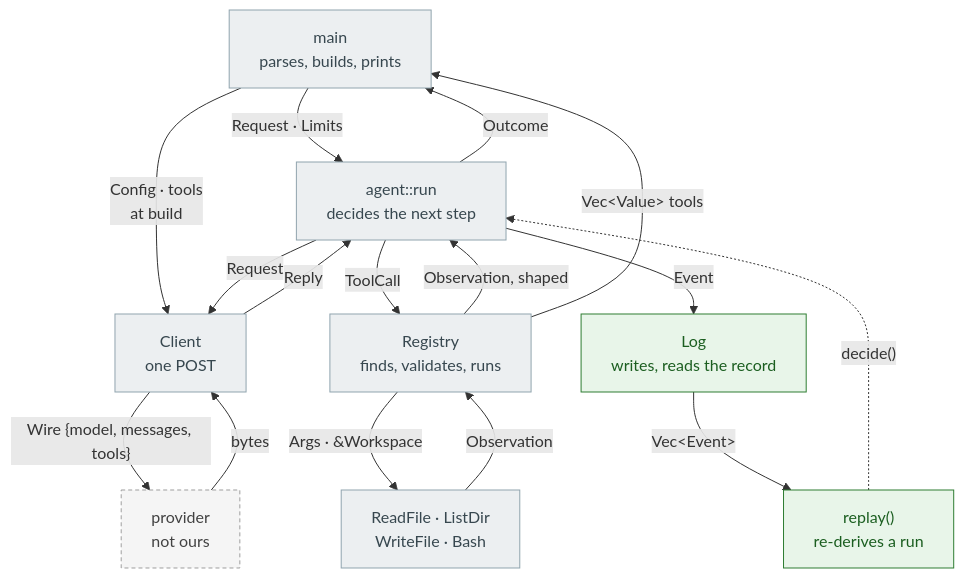
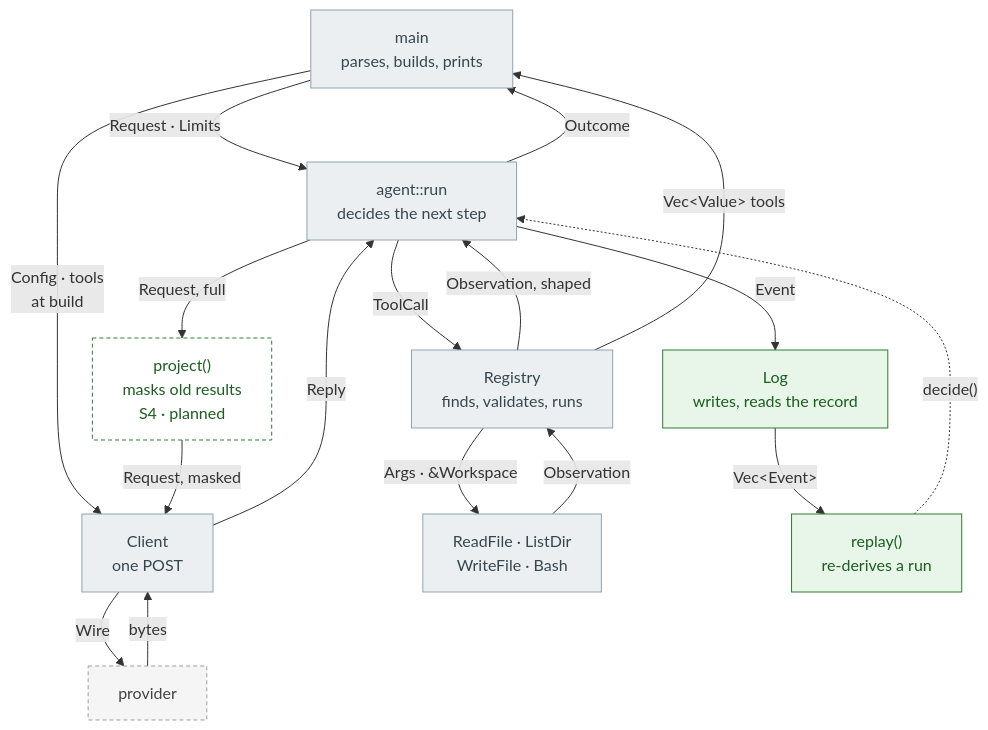
The diagram in diagrams/structs.mmd (skinssong/my_harness), drawn with Mermaid before and after one commit. The commit also changed 8 other files, not shown here.

First line of the commit message:
docs: show S4's projection in the struct diagram

```diff
--- a/diagrams/structs.mmd
+++ b/diagrams/structs.mmd
@@ -1,32 +1,35 @@
 flowchart TB
     MAIN["main<br/>parses, builds, prints"]:::old
     LOOP["agent::run<br/>decides the next step"]:::old
     CLIENT["Client<br/>one POST"]:::old
     REG["Registry<br/>finds, validates, runs"]:::old
     TOOLS["ReadFile · ListDir<br/>WriteFile · Bash"]:::old
 
     LOG["Log<br/>writes, reads the record"]:::new
     REPLAY["replay()<br/>re-derives a run"]:::new
+    PROJECT["project()<br/>masks old results<br/>S4 · planned"]:::planned
 
-    PROV["provider<br/>not ours"]:::external
+    PROV["provider"]:::external
 
     MAIN -->|"Request · Limits"| LOOP
     MAIN -->|"Config · tools<br/>at build"| CLIENT
-    LOOP -->|"Request"| CLIENT
-    CLIENT -->|"Wire {model, messages, tools}"| PROV
+    LOOP -->|"Request, full"| PROJECT
+    PROJECT -->|"Request, masked"| CLIENT
+    CLIENT -->|"Wire"| PROV
     PROV -->|"bytes"| CLIENT
     CLIENT -->|"Reply"| LOOP
     LOOP -->|"ToolCall"| REG
     REG -->|"Args · &Workspace"| TOOLS
     TOOLS -->|"Observation"| REG
     REG -->|"Observation, shaped"| LOOP
     REG -->|"Vec&lt;Value&gt; tools"| MAIN
     LOOP -->|"Outcome"| MAIN
 
     LOOP -->|"Event"| LOG
     LOG -->|"Vec&lt;Event&gt;"| REPLAY
     REPLAY -. "decide()" .-> LOOP
 
     classDef old fill:#ECEFF1,stroke:#90A4AE,color:#37474F
     classDef new fill:#E8F5E9,stroke:#2E7D32,color:#1B5E20
+    classDef planned fill:#FFFFFF,stroke:#2E7D32,color:#1B5E20,stroke-dasharray: 4 3
     classDef external fill:#F5F5F5,stroke:#9E9E9E,color:#424242,stroke-dasharray: 4 3
```
